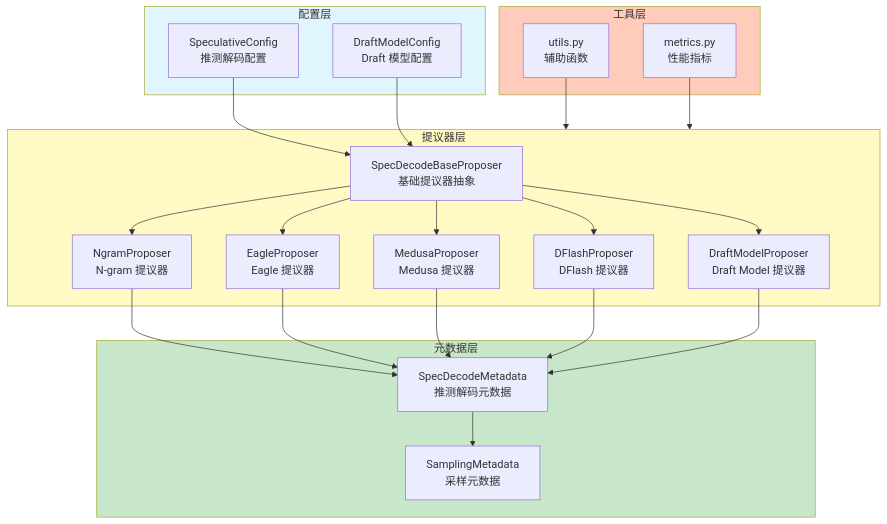
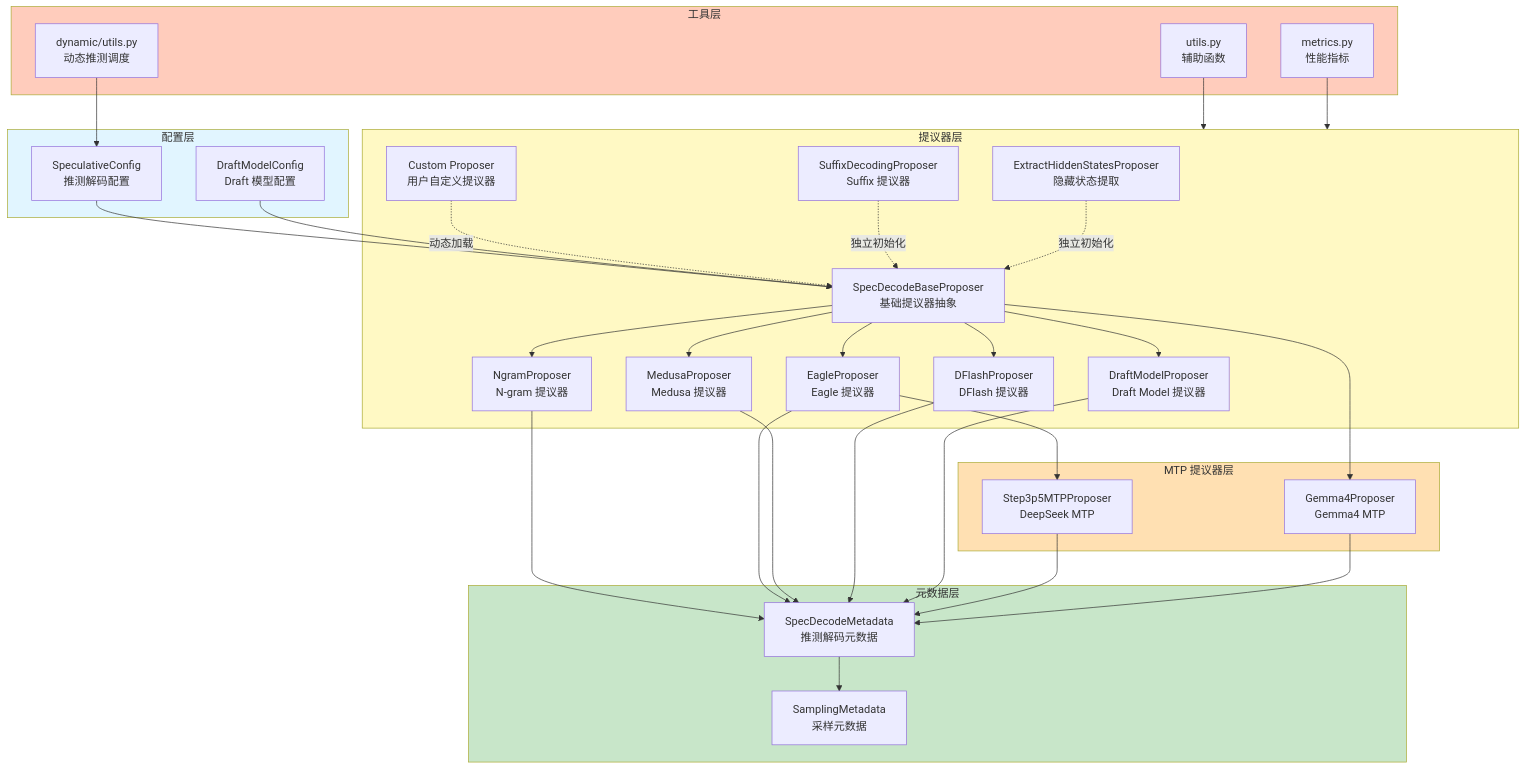
The first of 6 diagrams in docs/vllm-core/vllm_speculative_decoding_architecture.md (larryliuqing/vllm-docs), drawn with Mermaid before and after one commit. The commit also changed other lines of this file and 6 other files, not shown here.

````diff
--- a/docs/vllm-core/vllm_speculative_decoding_architecture.md
+++ b/docs/vllm-core/vllm_speculative_decoding_architecture.md
@@ -48,51 +51,71 @@
 ```mermaid
 graph TB
     subgraph Config["配置层"]
         SpecConfig[SpeculativeConfig<br/>推测解码配置]
         DraftConfig[DraftModelConfig<br/>Draft 模型配置]
     end
     
     subgraph Proposer["提议器层"]
         Base[SpecDecodeBaseProposer<br/>基础提议器抽象]
         Ngram[NgramProposer<br/>N-gram 提议器]
         Eagle[EagleProposer<br/>Eagle 提议器]
         Medusa[MedusaProposer<br/>Medusa 提议器]
         DFlash[DFlashProposer<br/>DFlash 提议器]
         Draft[DraftModelProposer<br/>Draft Model 提议器]
+        Suffix[SuffixDecodingProposer<br/>Suffix 提议器]
+        Custom[Custom Proposer<br/>用户自定义提议器]
+        HiddenExtract[ExtractHiddenStatesProposer<br/>隐藏状态提取]
+    end
+    
+    subgraph MTP_Layer["MTP 提议器层"]
+        Step3p5[Step3p5MTPProposer<br/>DeepSeek MTP]
+        Gemma4[Gemma4Proposer<br/>Gemma4 MTP]
     end
     
     subgraph Metadata["元数据层"]
         SpecMeta[SpecDecodeMetadata<br/>推测解码元数据]
         SampleMeta[SamplingMetadata<br/>采样元数据]
     end
     
     subgraph Utils["工具层"]
         UtilsModule[utils.py<br/>辅助函数]
         Metrics[metrics.py<br/>性能指标]
+        Dynamic[dynamic/utils.py<br/>动态推测调度]
     end
     
     SpecConfig --> Base
     DraftConfig --> Base
     
     Base --> Ngram
     Base --> Eagle
     Base --> Medusa
     Base --> DFlash
     Base --> Draft
+    Base --> Gemma4
+    
+    Eagle --> Step3p5
+    
+    Custom -.->|动态加载| Base
+    Suffix -.->|独立初始化| Base
+    HiddenExtract -.->|独立初始化| Base
     
     Ngram --> SpecMeta
     Eagle --> SpecMeta
     Medusa --> SpecMeta
     DFlash --> SpecMeta
     Draft --> SpecMeta
+    Step3p5 --> SpecMeta
+    Gemma4 --> SpecMeta
     
     SpecMeta --> SampleMeta
     
     UtilsModule --> Proposer
     Metrics --> Proposer
+    Dynamic --> SpecConfig
     
     style Config fill:#e1f5ff
     style Proposer fill:#fff9c4
+    style MTP_Layer fill:#ffe0b2
     style Metadata fill:#c8e6c9
     style Utils fill:#ffccbc
 ```
````
